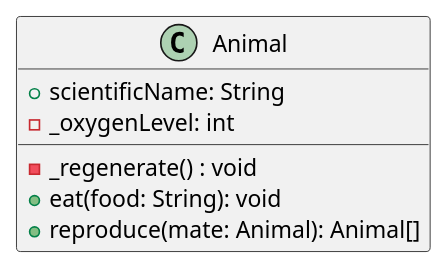
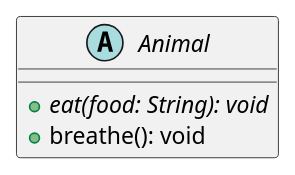
One commit to psse-cpu/se-1223-inheritance-slides changed the diagram in one-class.plantuml. Above: the diagram before and after it, drawn with PlantUML. The commit also changed 7 other files, not shown here.

```diff
--- a/one-class.plantuml
+++ b/one-class.plantuml
@@ -1,10 +1,6 @@
-@startuml "One Class"
-
-class Animal {
-  + scientificName: String
-  - _oxygenLevel: int
-  - _regenerate() : void
-  + eat(food: String): void
-  + reproduce(mate: Animal): Animal[]
+@startuml "italics"
+abstract class Animal {
+  + {abstract} eat(food: String): void
+  + breathe(): void
 }
 @enduml
```
